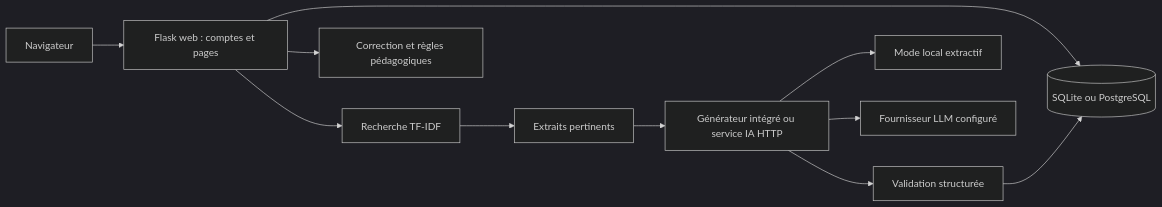
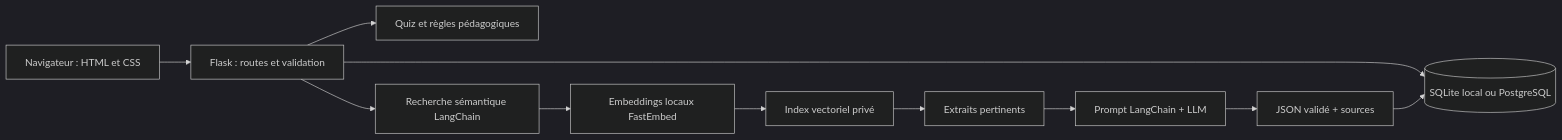
One commit to H-devigner/adaptlearn-ai changed the diagram in EXPLICATION_PROJET.md. Above: the diagram before and after it, drawn with Mermaid (dark theme). The commit also changed other lines of this file and 58 other files, not shown here.

Commit message:
feat: replace lexical demo with semantic LangChain RAG and simplify modules

````diff
--- a/EXPLICATION_PROJET.md
+++ b/EXPLICATION_PROJET.md
@@ -82,13 +44,13 @@
 ```mermaid
 flowchart LR
-    N[Navigateur] --> W[Flask web : comptes et pages]
-    W --> D[(SQLite ou PostgreSQL)]
-    W --> P[Correction et règles pédagogiques]
-    W --> R[Recherche TF-IDF]
-    R --> C[Extraits pertinents]
-    C --> G[Générateur intégré ou service IA HTTP]
-    G --> X[Mode local extractif]
-    G --> L[Fournisseur LLM configuré]
-    G --> V[Validation structurée]
-    V --> D
+    N[Navigateur : HTML et CSS] --> F[Flask : routes et validation]
+    F --> D[(SQLite local ou PostgreSQL)]
+    F --> P[Quiz et règles pédagogiques]
+    F --> R[Recherche sémantique LangChain]
+    R --> E[Embeddings locaux FastEmbed]
+    E --> V[Index vectoriel privé]
+    V --> C[Extraits pertinents]
+    C --> L[Prompt LangChain + LLM]
+    L --> J[JSON validé + sources]
+    J --> D
 ```
````
